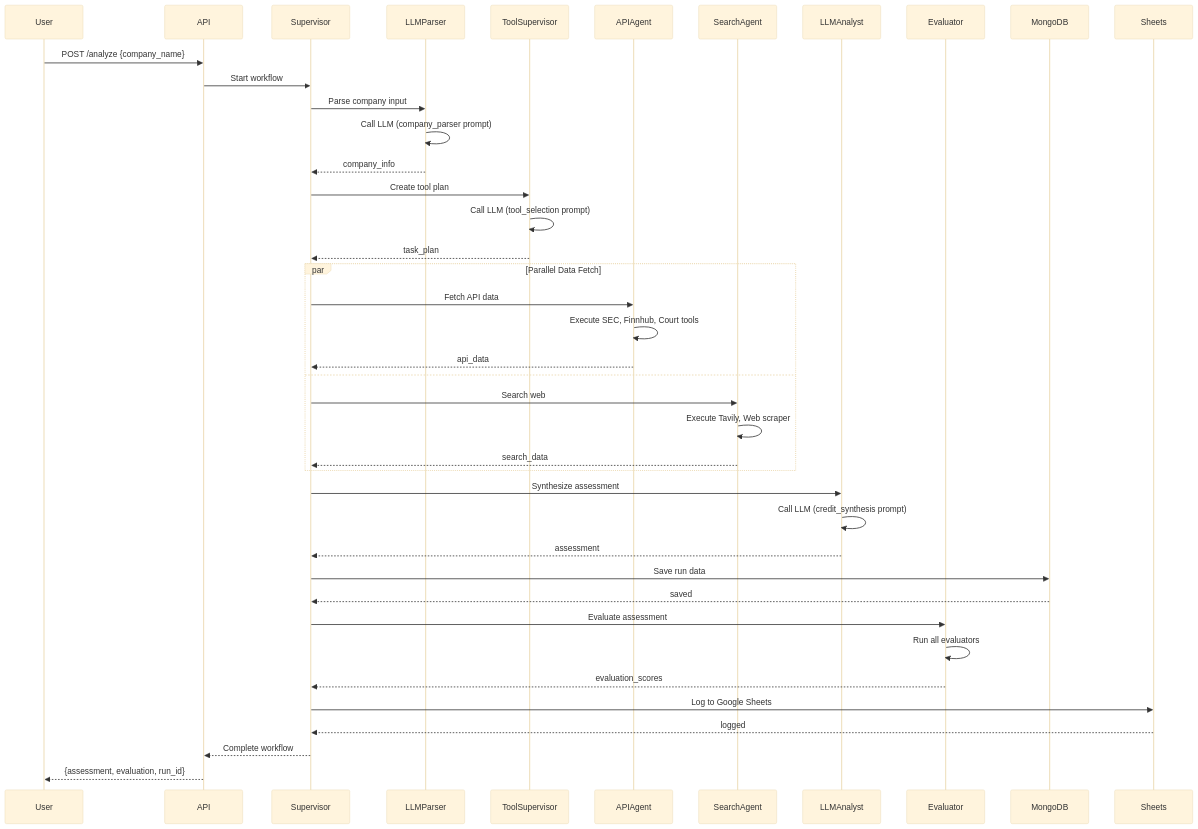
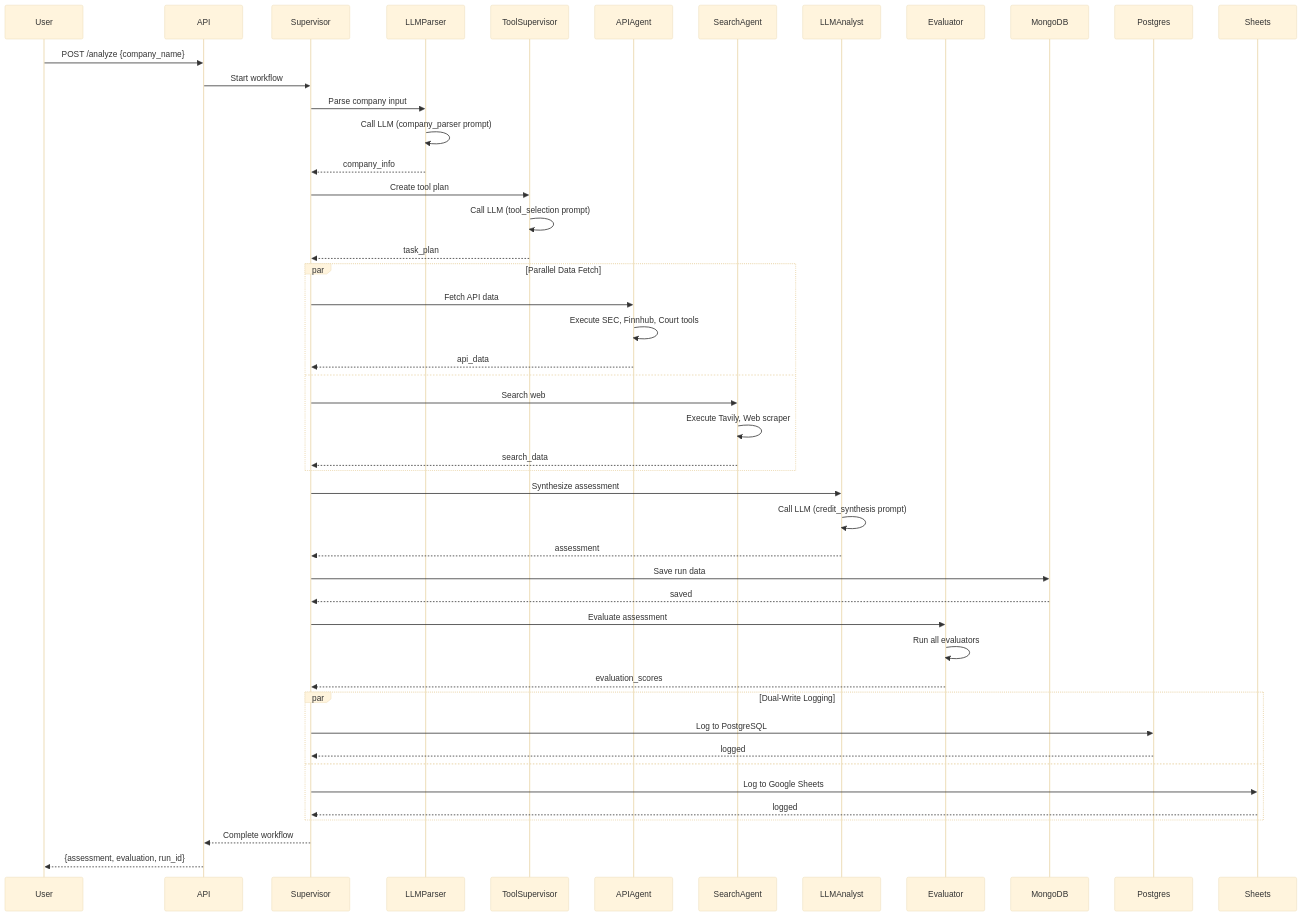
One commit to shahriarkasib/credit-intelligence changed the sixth of 6 diagrams in docs/ARCHITECTURE.md. Above: the diagram before and after it, drawn with Mermaid (base theme). The commit also changed other lines of this file, not shown here.

First line of the commit message:
Update architecture doc with PostgreSQL and complete ER diagram

````diff
--- a/docs/ARCHITECTURE.md
+++ b/docs/ARCHITECTURE.md
@@ -463,52 +605,58 @@
 ```mermaid
 sequenceDiagram
     participant User
     participant API
     participant Supervisor
     participant LLMParser
     participant ToolSupervisor
     participant APIAgent
     participant SearchAgent
     participant LLMAnalyst
     participant Evaluator
     participant MongoDB
+    participant Postgres
     participant Sheets
 
     User->>API: POST /analyze {company_name}
     API->>Supervisor: Start workflow
 
     Supervisor->>LLMParser: Parse company input
     LLMParser->>LLMParser: Call LLM (company_parser prompt)
     LLMParser-->>Supervisor: company_info
 
     Supervisor->>ToolSupervisor: Create tool plan
     ToolSupervisor->>ToolSupervisor: Call LLM (tool_selection prompt)
     ToolSupervisor-->>Supervisor: task_plan
 
     par Parallel Data Fetch
         Supervisor->>APIAgent: Fetch API data
         APIAgent->>APIAgent: Execute SEC, Finnhub, Court tools
         APIAgent-->>Supervisor: api_data
     and
         Supervisor->>SearchAgent: Search web
         SearchAgent->>SearchAgent: Execute Tavily, Web scraper
         SearchAgent-->>Supervisor: search_data
     end
 
     Supervisor->>LLMAnalyst: Synthesize assessment
     LLMAnalyst->>LLMAnalyst: Call LLM (credit_synthesis prompt)
     LLMAnalyst-->>Supervisor: assessment
 
     Supervisor->>MongoDB: Save run data
     MongoDB-->>Supervisor: saved
 
     Supervisor->>Evaluator: Evaluate assessment
     Evaluator->>Evaluator: Run all evaluators
     Evaluator-->>Supervisor: evaluation_scores
 
-    Supervisor->>Sheets: Log to Google Sheets
-    Sheets-->>Supervisor: logged
+    par Dual-Write Logging
+        Supervisor->>Postgres: Log to PostgreSQL
+        Postgres-->>Supervisor: logged
+    and
+        Supervisor->>Sheets: Log to Google Sheets
+        Sheets-->>Supervisor: logged
+    end
 
     Supervisor-->>API: Complete workflow
     API-->>User: {assessment, evaluation, run_id}
 ```
````
